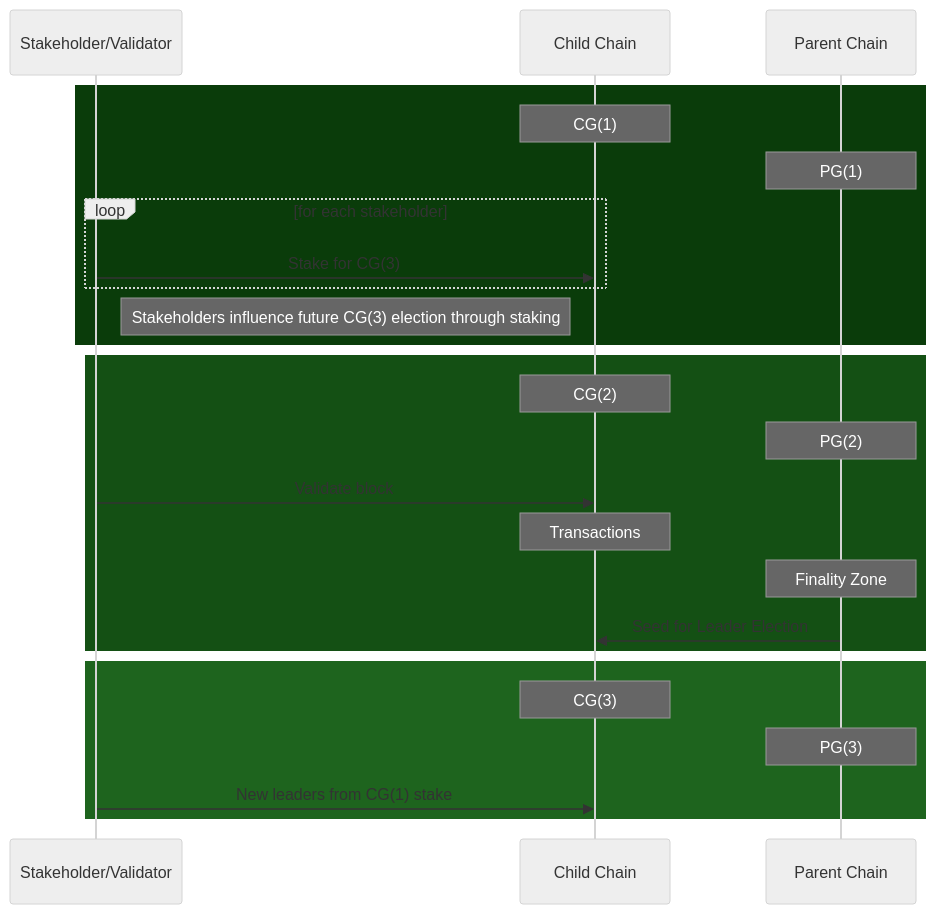
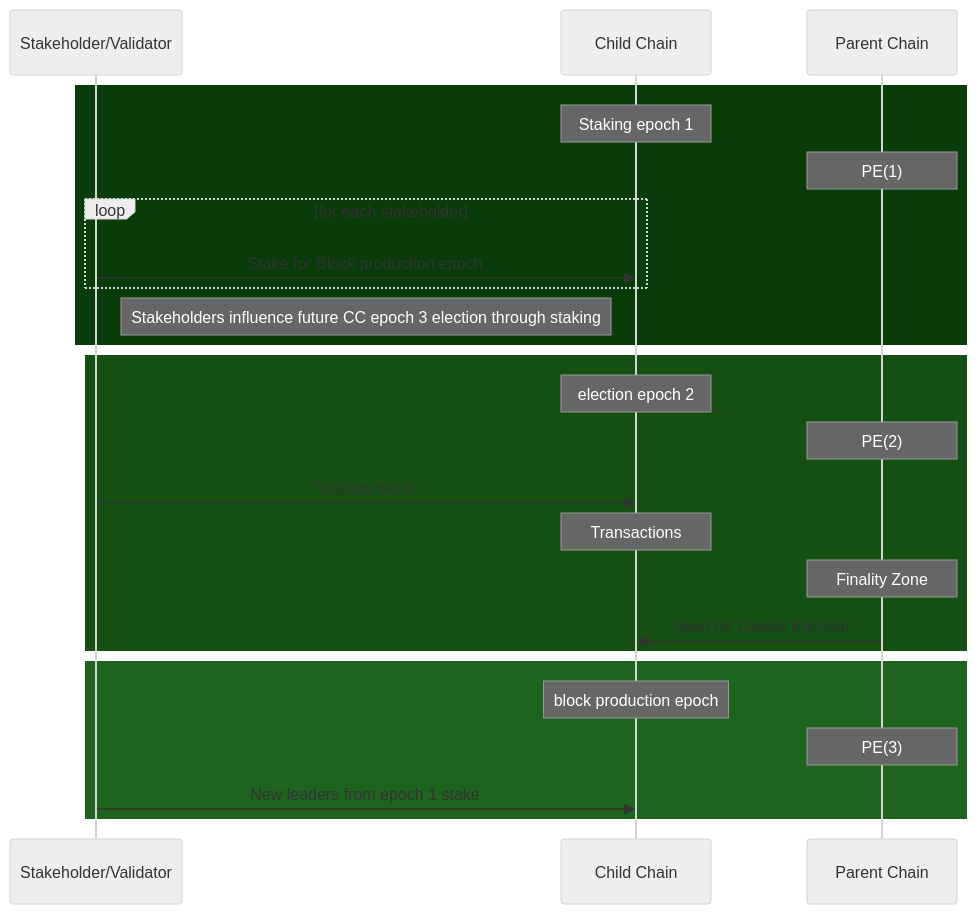
One commit to aeternity/hyperchains-whitepaper changed the first of 5 diagrams in Periodically-Syncing-HyperChains.md. Above: the diagram before and after it, drawn with Mermaid (neutral theme).

````diff
--- a/Periodically-Syncing-HyperChains.md
+++ b/Periodically-Syncing-HyperChains.md
@@ -128,32 +128,32 @@
 ```mermaid
 sequenceDiagram
   participant S as Stakeholder/Validator
   participant CC as Child Chain
   participant PC as Parent Chain
 
   rect rgb(10,60,10)
-    note over CC: CG(1)
-    note over PC: PG(1)
+    note over CC: Staking epoch 1
+    note over PC: PE(1)
       loop for each stakeholder
-        S->>CC: Stake for CG(3)
+        S->>CC: Stake for Block production epoch
     end
-    Note left of CC: Stakeholders influence future CG(3) election through staking
+    Note left of CC: Stakeholders influence future CC epoch 3 election through staking
   end
 
   rect rgb(20,80,20)
-    note over CC: CG(2)
-    note over PC: PG(2)
+    note over CC: election epoch 2
+    note over PC: PE(2)
     S->>CC: Validate block
     note over CC: Transactions
     Note over PC: Finality Zone
     PC->>CC: Seed for Leader Election
  end
 
  rect rgb(30,100,30)
-  note over CC: CG(3)
-  note over PC: PG(3)
-  S->>CC: New leaders from CG(1) stake
+  note over CC: block production epoch
+  note over PC: PE(3)
+  S->>CC: New leaders from epoch 1 stake
 
 end
 
 ```
````
